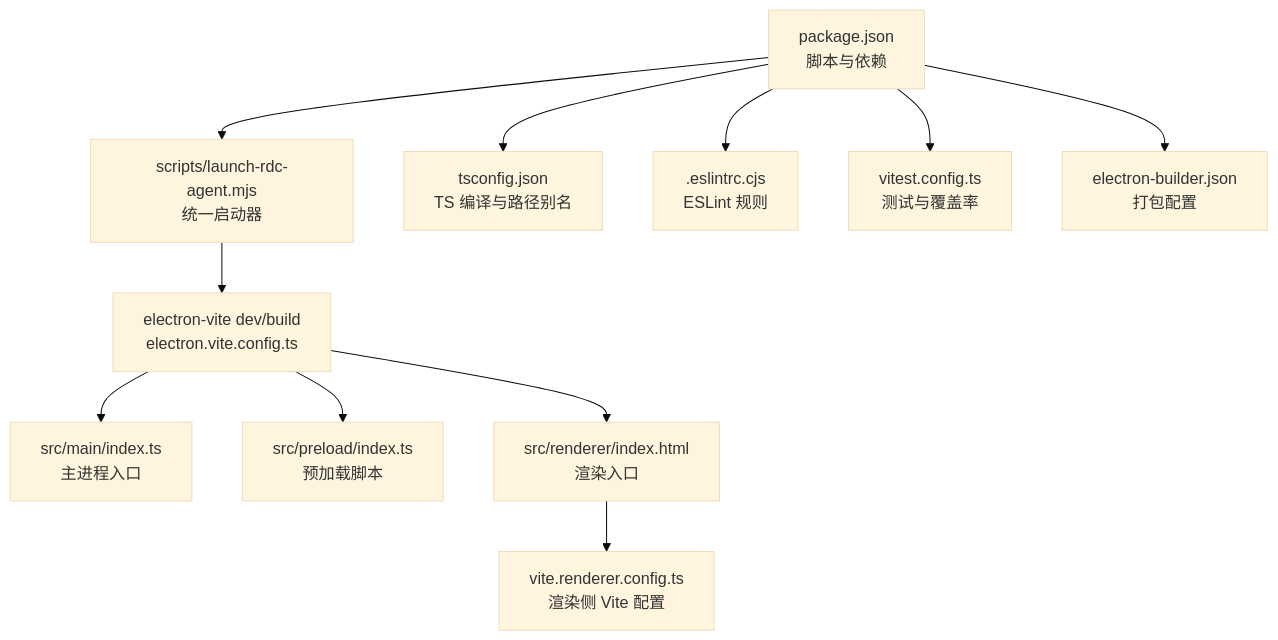
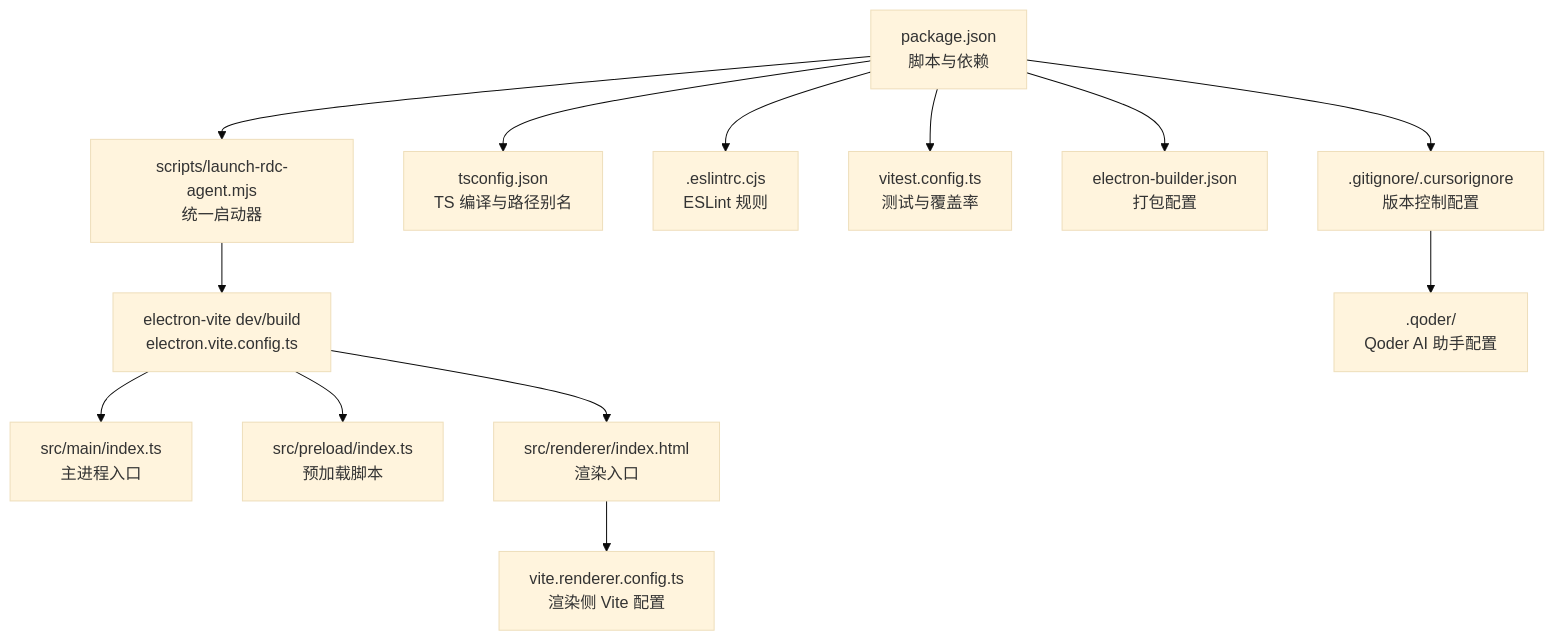
Before and after one commit to haolange/RDC-Agent: the first of 3 diagrams in .qoder/repowiki/zh/content/部署运维/开发环境搭建.md, drawn with Mermaid (base theme). The commit also changed other lines of this file and 2 other files, not shown here.

````diff
--- a/.qoder/repowiki/zh/content/部署运维/开发环境搭建.md
+++ b/.qoder/repowiki/zh/content/部署运维/开发环境搭建.md
@@ -46,13 +57,15 @@
 ```mermaid
 graph TB
 A["package.json<br/>脚本与依赖"] --> B["scripts/launch-rdc-agent.mjs<br/>统一启动器"]
 B --> C["electron-vite dev/build<br/>electron.vite.config.ts"]
 C --> D["src/main/index.ts<br/>主进程入口"]
 C --> E["src/preload/index.ts<br/>预加载脚本"]
 C --> F["src/renderer/index.html<br/>渲染入口"]
 F --> G["vite.renderer.config.ts<br/>渲染侧 Vite 配置"]
 A --> H["tsconfig.json<br/>TS 编译与路径别名"]
 A --> I[".eslintrc.cjs<br/>ESLint 规则"]
 A --> J["vitest.config.ts<br/>测试与覆盖率"]
 A --> K["electron-builder.json<br/>打包配置"]
+A --> L[".gitignore/.cursorignore<br/>版本控制配置"]
+L --> M[".qoder/<br/>Qoder AI 助手配置"]
 ```
````
